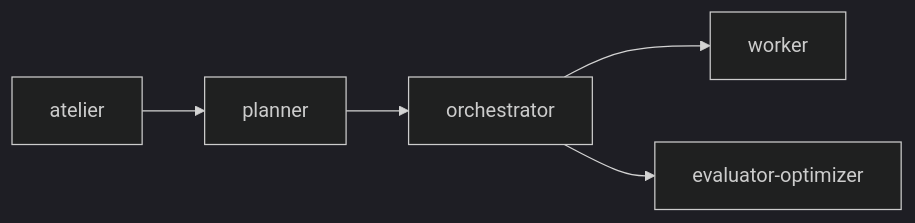
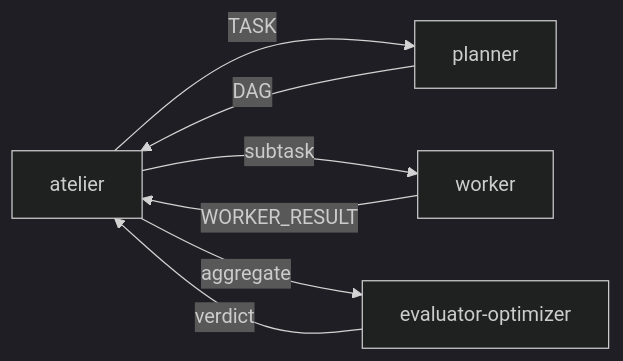
The diagram in README.md (Echeq/Atelier), drawn with Mermaid (dark theme) before and after one commit. The commit also changed other lines of this file and 20 other files, not shown here.

````diff
--- a/README.md
+++ b/README.md
@@ -63,7 +77,9 @@
 ```mermaid
 flowchart LR
-  A[atelier] --> P[planner]
-  P --> O[orchestrator]
-  O --> W[worker]
-  O --> E[evaluator-optimizer]
+  A[atelier] -->|TASK| P[planner]
+  P -->|DAG| A
+  A -->|subtask| W[worker]
+  W -->|WORKER_RESULT| A
+  A -->|aggregate| E[evaluator-optimizer]
+  E -->|verdict| A
 ```
````
